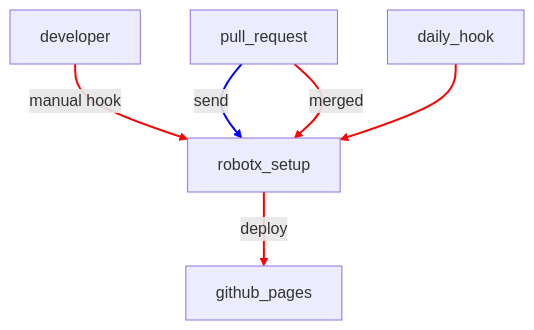
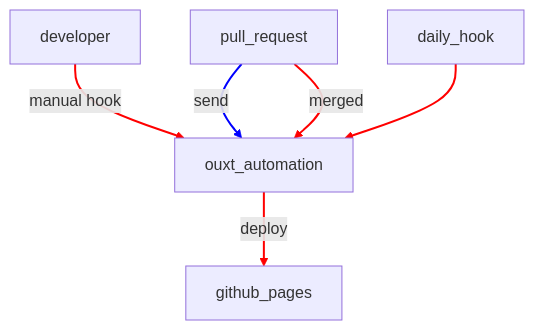
Before and after one commit to OUXT-Polaris/ouxt_automation: the third of 5 diagrams in docs/docs/automation_pipeline.md, drawn with Mermaid. The commit also changed other lines of this file and 5 other files, not shown here.

````diff
--- a/docs/docs/automation_pipeline.md
+++ b/docs/docs/automation_pipeline.md
@@ -51,17 +51,17 @@
 ```mermaid
 graph TB
-    pull_request --send -->robotx_setup
-    developer --manual hook-->robotx_setup
-    daily_hook --> robotx_setup
-    pull_request -- merged -->robotx_setup
-    robotx_setup -- deploy --> github_pages
+    pull_request --send -->ouxt_automation
+    developer --manual hook-->ouxt_automation
+    daily_hook --> ouxt_automation
+    pull_request -- merged -->ouxt_automation
+    ouxt_automation -- deploy --> github_pages
 
     linkStyle 0 stroke-width:2px,stroke:blue;
     linkStyle 1 stroke-width:2px,stroke:red;
     linkStyle 2 stroke-width:2px,stroke:red;
     linkStyle 3 stroke-width:2px,stroke:red;
     linkStyle 4 stroke-width:2px,stroke:red;
 
-    click robotx_setup "https://github.com/OUXT-Polaris/robotx_setup" "robotx_setup repository"
-    click github_pages "https://ouxt-polaris.github.io/robotx_setup/" "github pages"
+    click ouxt_automation "https://github.com/OUXT-Polaris/ouxt_automation" "ouxt_automation repository"
+    click github_pages "https://ouxt-polaris.github.io/ouxt_automation/" "github pages"
 ```
````
